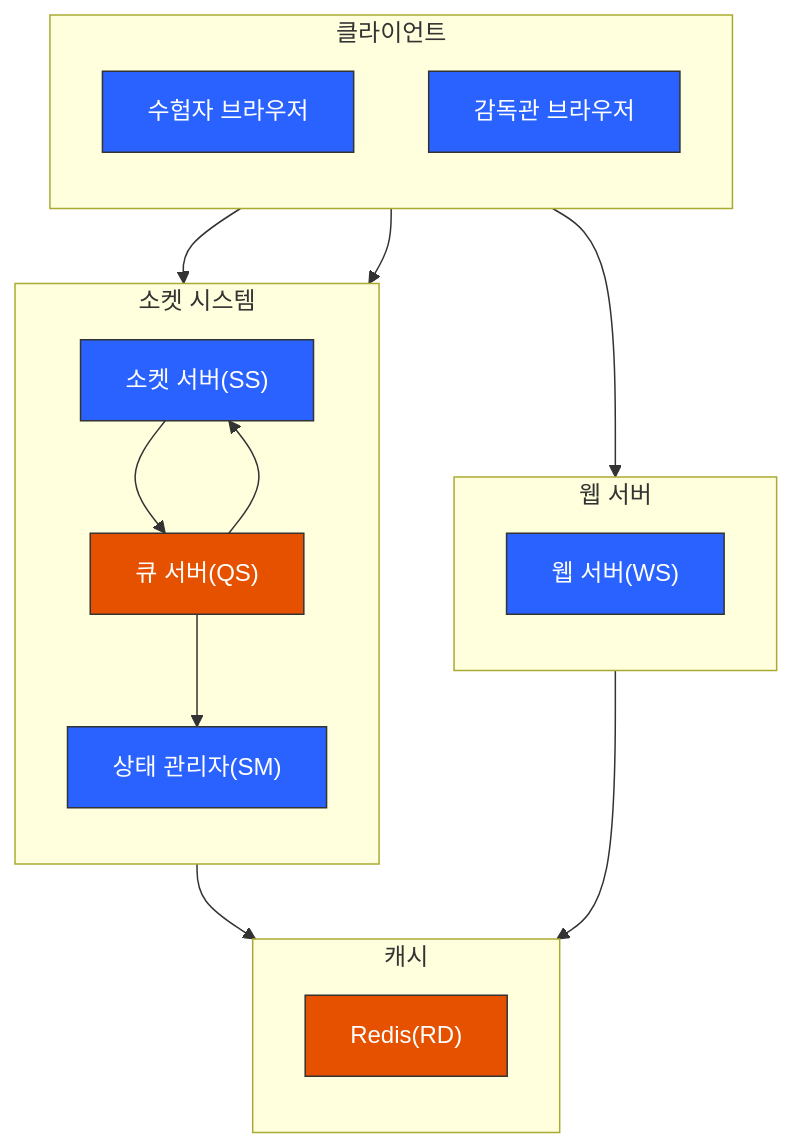
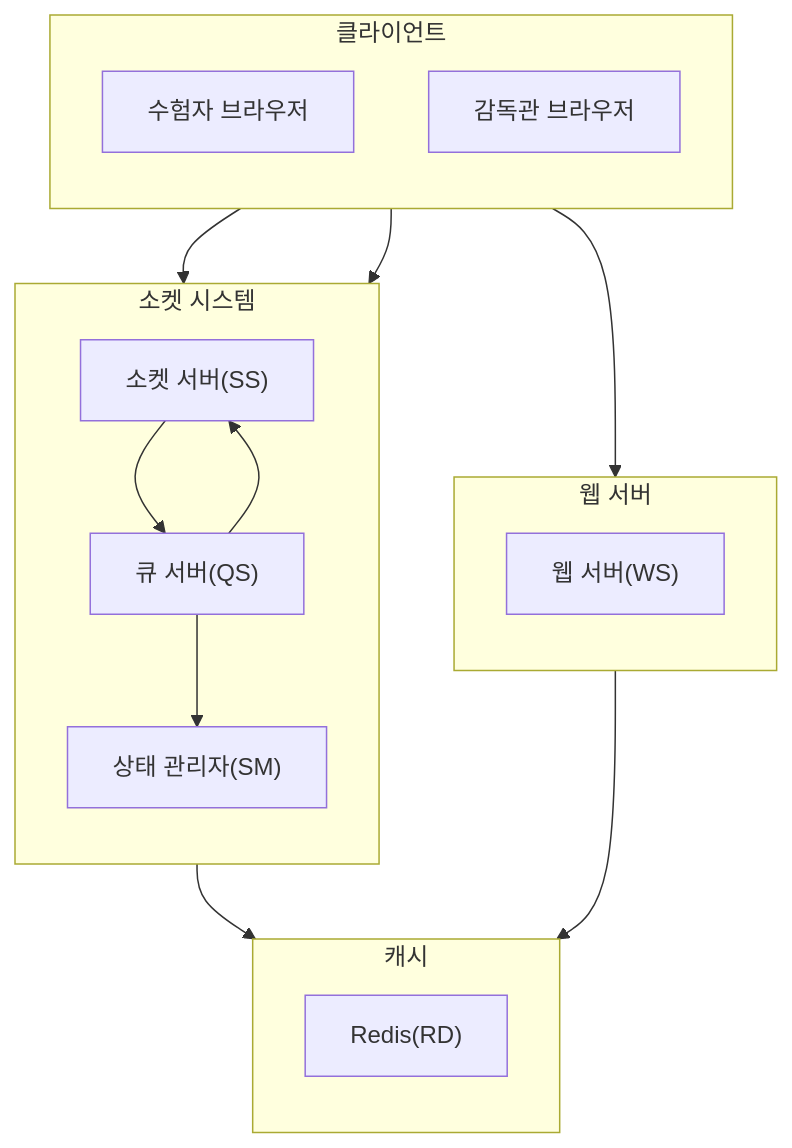
Before and after one commit to ldmrepo/exam-arch: the first of 2 diagrams in 시나리오/04 수험자 초기화 프로세스.md, drawn with Mermaid. The commit also changed 7 other files, not shown here.

Commit message:
상태 처리 다이어그램에서 스타일 제거 및 시퀀스 다이어그램 추가

````diff
--- a/시나리오/04 수험자 초기화 프로세스.md
+++ b/시나리오/04 수험자 초기화 프로세스.md
@@ -3,48 +3,40 @@
 ```mermaid
 flowchart TB
     subgraph Clients["클라이언트"]
         direction TB
         CB["수험자 브라우저"]
         SB["감독관 브라우저"]
     end
 
     subgraph WebServer["웹 서버"]
         direction TB
         WS["웹 서버(WS)"]
     end
 
     subgraph Cache["캐시"]
         direction TB
         RD["Redis(RD)"]
     end
 
     subgraph SocketSystem["소켓 시스템"]
         direction TB
         SS["소켓 서버(SS)"]
         QS["큐 서버(QS)"]
         SM["상태 관리자(SM)"]
     end
 
     %% 웹 서버 연결
     CB --> WS
     WS --> RD
 
     %% 소켓 연결
     CB --> SS
     SB --> SS
 
     %% 소켓 시스템 내부 연결
     SS --> QS
     QS --> SM
     SM --> RD
     QS --> SS
 
-    style CB fill:#2962ff,stroke:#333,color:#fff
-    style SB fill:#2962ff,stroke:#333,color:#fff
-    style WS fill:#2962ff,stroke:#333,color:#fff
-    style SS fill:#2962ff,stroke:#333,color:#fff
-    style QS fill:#e65100,stroke:#333,color:#fff
-    style SM fill:#2962ff,stroke:#333,color:#fff
-    style RD fill:#e65100,stroke:#333,color:#fff
-
 ```
````
